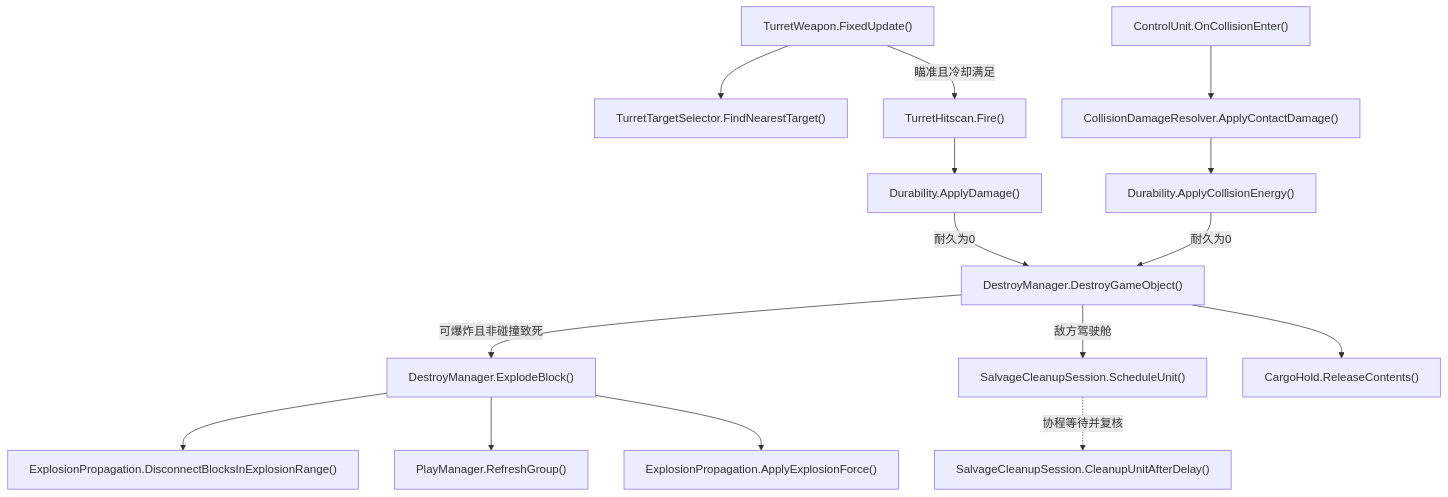
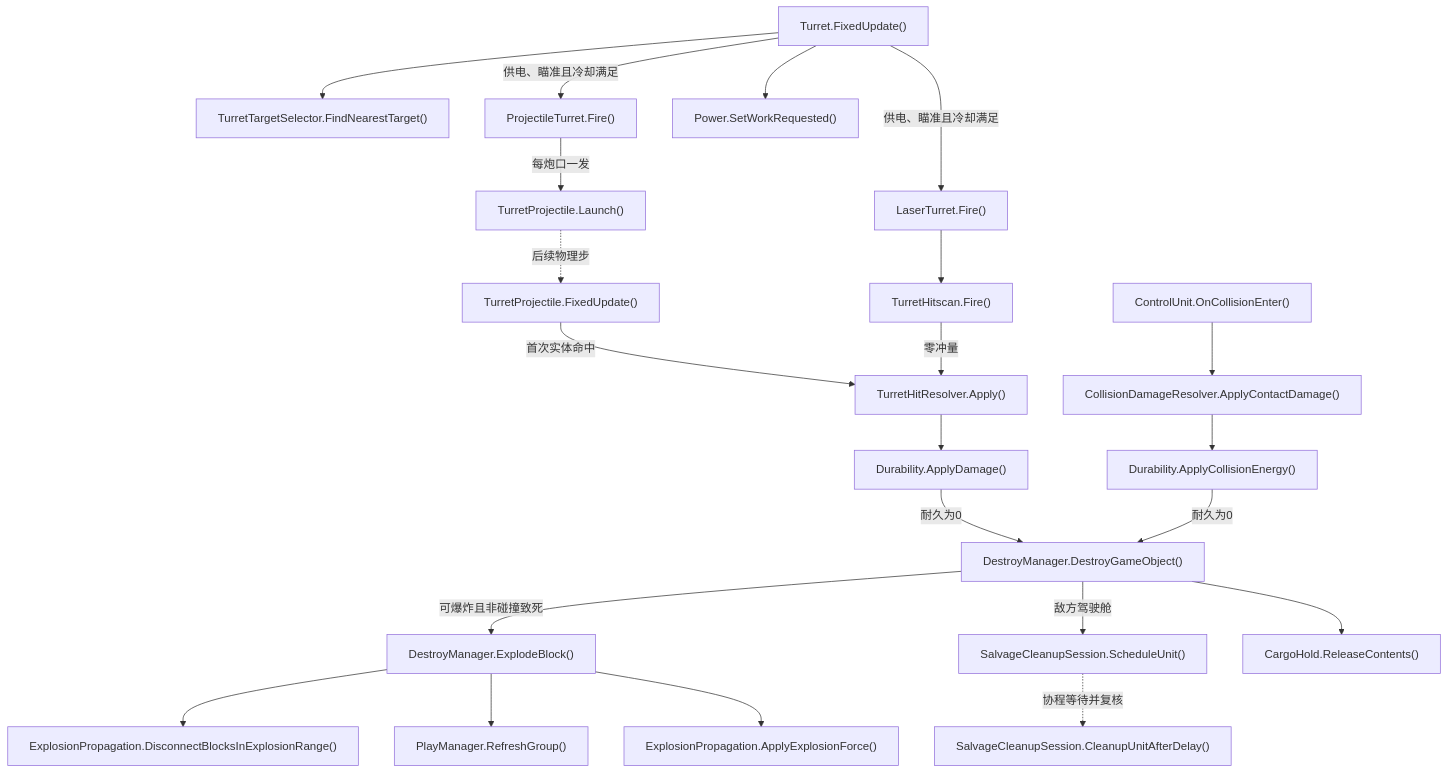
The sixth of 9 diagrams in Docs/RuntimeFlow.md (kukudia/HY-Sandbox), drawn with Mermaid before and after one commit. The commit also changed other lines of this file and 73 other files, not shown here.

First line of the commit message:
Add demand-driven power and laser/projectile turret variants

````diff
--- a/Docs/RuntimeFlow.md
+++ b/Docs/RuntimeFlow.md
@@ -459,47 +469,66 @@
 ```mermaid
 flowchart TD
-    A["TurretWeapon.FixedUpdate()"]
-    click A "../Assets/Scripts/Features/Combat/TurretWeapon.cs#L110" "打开源码"
+    A["Turret.FixedUpdate()"]
+    click A "../Assets/Scripts/Features/Combat/Turret.cs#L71" "打开源码"
     B["TurretTargetSelector.FindNearestTarget()"]
     click B "../Assets/Scripts/Features/Combat/TurretTargetSelector.cs#L16" "打开源码"
     C["TurretHitscan.Fire()"]
     click C "../Assets/Scripts/Features/Combat/TurretHitscan.cs#L10" "打开源码"
     D["Durability.ApplyDamage()"]
     click D "../Assets/Scripts/Features/Combat/Durability.cs#L63" "打开源码"
     E["ControlUnit.OnCollisionEnter()"]
     click E "../Assets/Scripts/Features/Simulation/ControlUnit.cs#L254" "打开源码"
     F["CollisionDamageResolver.ApplyContactDamage()"]
     click F "../Assets/Scripts/Features/Combat/CollisionDamageResolver.cs#L10" "打开源码"
     G["Durability.ApplyCollisionEnergy()"]
     click G "../Assets/Scripts/Features/Combat/Durability.cs#L74" "打开源码"
     H["DestroyManager.DestroyGameObject()"]
     click H "../Assets/Scripts/Features/Combat/DestroyManager.cs#L30" "打开源码"
     I["DestroyManager.ExplodeBlock()"]
     click I "../Assets/Scripts/Features/Combat/DestroyManager.cs#L131" "打开源码"
     J["ExplosionPropagation.DisconnectBlocksInExplosionRange()"]
     click J "../Assets/Scripts/Features/Combat/ExplosionPropagation.cs#L9" "打开源码"
     K["PlayManager.RefreshGroup()"]
     click K "../Assets/Scripts/Features/Simulation/PlayManager.cs#L148" "打开源码"
     L["ExplosionPropagation.ApplyExplosionForce()"]
     click L "../Assets/Scripts/Features/Combat/ExplosionPropagation.cs#L53" "打开源码"
     M["SalvageCleanupSession.ScheduleUnit()"]
     click M "../Assets/Scripts/Features/Combat/SalvageCleanupSession.cs#L17" "打开源码"
     N["SalvageCleanupSession.CleanupUnitAfterDelay()"]
     click N "../Assets/Scripts/Features/Combat/SalvageCleanupSession.cs#L106" "打开源码"
     O["CargoHold.ReleaseContents()"]
-    click O "../Assets/Scripts/Features/Salvage/CargoHold.cs#L188" "打开源码"
+    click O "../Assets/Scripts/Features/Salvage/CargoHold.cs#L206" "打开源码"
+    P["LaserTurret.Fire()"]
+    click P "../Assets/Scripts/Features/Combat/LaserTurret.cs#L33" "打开源码"
+    Q["ProjectileTurret.Fire()"]
+    click Q "../Assets/Scripts/Features/Combat/ProjectileTurret.cs#L20" "打开源码"
+    R["TurretProjectile.Launch()"]
+    click R "../Assets/Scripts/Features/Combat/TurretProjectile.cs#L33" "打开源码"
+    S["TurretProjectile.FixedUpdate()"]
+    click S "../Assets/Scripts/Features/Combat/TurretProjectile.cs#L62" "打开源码"
+    T["TurretHitResolver.Apply()"]
+    click T "../Assets/Scripts/Features/Combat/TurretHitResolver.cs#L7" "打开源码"
+    U["Power.SetWorkRequested()"]
+    click U "../Assets/Scripts/Features/Power/Power.cs#L59" "打开源码"
     A --> B
-    A -->|瞄准且冷却满足| C
-    C --> D
+    A --> U
+    A -->|供电、瞄准且冷却满足| P
+    P --> C
+    A -->|供电、瞄准且冷却满足| Q
+    Q -->|每炮口一发| R
+    R -.->|后续物理步| S
+    S -->|首次实体命中| T
+    C -->|零冲量| T
+    T --> D
     E --> F
     F --> G
     D -->|耐久为0| H
     G -->|耐久为0| H
     H -->|可爆炸且非碰撞致死| I
     I --> J
     I --> K
     I --> L
     H --> O
     H -->|敌方驾驶舱| M
     M -.->|协程等待并复核| N
 ```
````
